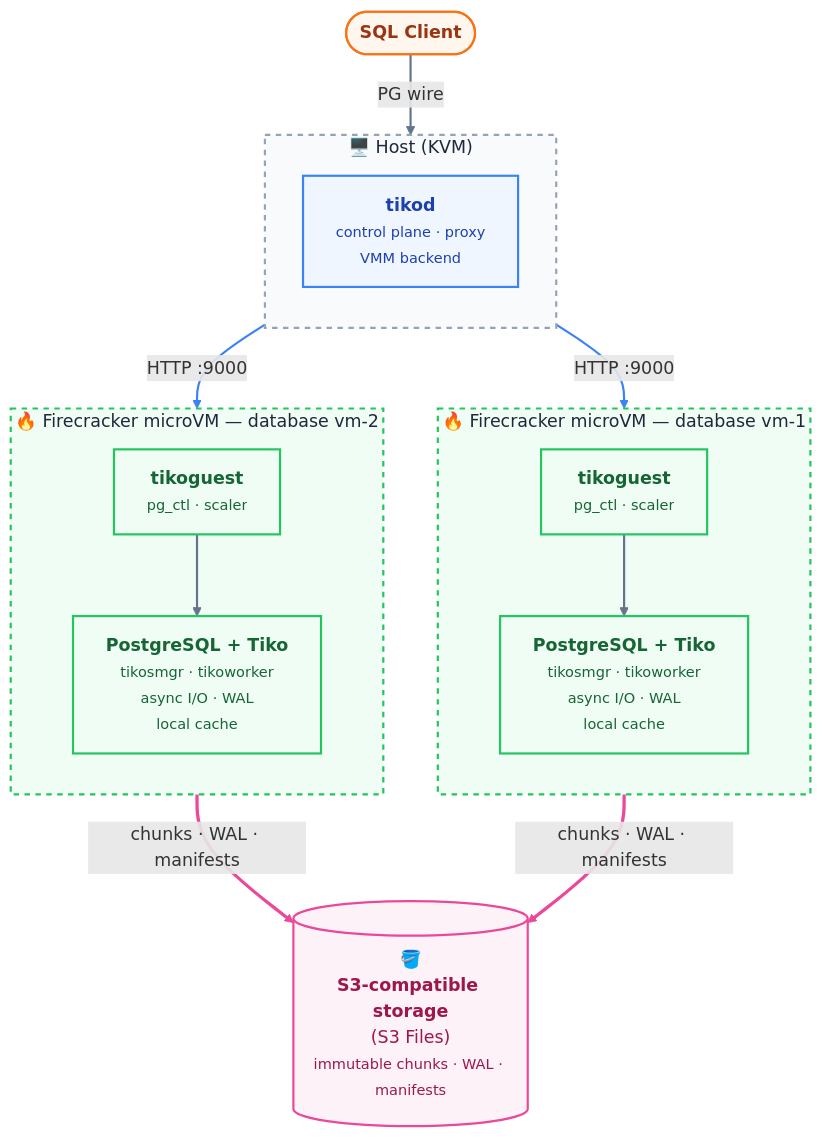
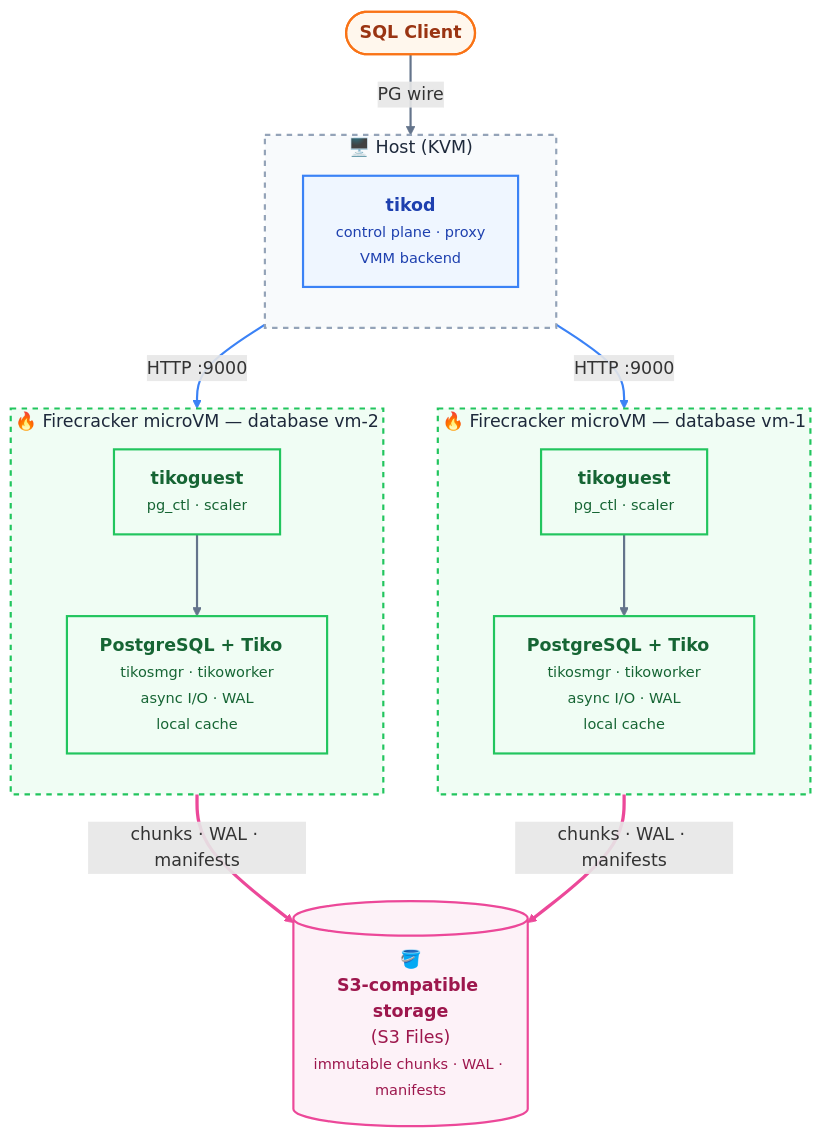
The diagram in README.md (burmecia/tiko), drawn with Mermaid before and after one commit.

Commit message:
update diagram

````diff
--- a/README.md
+++ b/README.md
@@ -34,54 +34,54 @@
 ```mermaid
 %%{init: {"themeVariables": {"titleColor": "#1e293b", "clusterBkg": "#f8fafc", "clusterBorder": "#94a3b8"}}}%%
 flowchart TB
   Client(["<b>SQL Client</b>"])
 
   subgraph Host ["🖥️ Host (KVM)"]
     direction TB
     Tikod["<b>tikod</b><br/><small>control plane · proxy<br/>VMM backend</small>"]
   end
 
   subgraph VM1 ["🔥 Firecracker microVM — database vm-1"]
     direction TB
     Guest1["<b>tikoguest</b><br/><small>pg_ctl · scaler</small>"]
-    PG1["<b>PostgreSQL + Tiko</b><br/><small>tikosmgr · tikoworker<br/>async I/O · WAL<br/>local cache</small>"]
+    PG1["<b>PostgreSQL + Tiko&nbsp;&nbsp;</b><br/><small>tikosmgr · tikoworker<br/>async I/O · WAL<br/>local cache</small>"]
     Guest1 --> PG1
   end
 
   subgraph VM2 ["🔥 Firecracker microVM — database vm-2"]
     direction TB
     Guest2["<b>tikoguest</b><br/><small>pg_ctl · scaler</small>"]
-    PG2["<b>PostgreSQL + Tiko</b><br/><small>tikosmgr · tikoworker<br/>async I/O · WAL<br/>local cache</small>"]
+    PG2["<b>PostgreSQL + Tiko&nbsp;&nbsp;</b><br/><small>tikosmgr · tikoworker<br/>async I/O · WAL<br/>local cache</small>"]
     Guest2 --> PG2
   end
 
   S3[("🪣<br/><b>S3-compatible storage</b><br/>(S3 Files)<br/><small>immutable chunks · WAL · manifests</small>")]
 
   Client -->|PG wire| Tikod
   Tikod -->|HTTP :9000| Guest1
   Tikod -->|HTTP :9000| Guest2
   PG1 ==>|chunks · WAL · manifests| S3
   PG2 ==>|chunks · WAL · manifests| S3
 
   classDef client fill:#fff7ed,stroke:#f97316,stroke-width:2px,color:#9a3412
   classDef control fill:#eff6ff,stroke:#3b82f6,stroke-width:2px,color:#1e40af
   classDef vm fill:#f0fdf4,stroke:#22c55e,stroke-width:2px,color:#166534
   classDef storage fill:#fdf2f8,stroke:#ec4899,stroke-width:2px,color:#9d174d
 
   class Client client
   class Tikod control
   class Guest1,PG1,Guest2,PG2 vm
   class S3 storage
 
   style Host fill:#f8fafc,stroke:#94a3b8,stroke-width:2px,stroke-dasharray:5 5
   style VM1 fill:#f0fdf4,stroke:#22c55e,stroke-width:2px,stroke-dasharray:5 5
   style VM2 fill:#f0fdf4,stroke:#22c55e,stroke-width:2px,stroke-dasharray:5 5
   style S3 fill:#fdf2f8,stroke:#ec4899,stroke-width:2px
   linkStyle 0 stroke:#64748b,stroke-width:2px
   linkStyle 1 stroke:#64748b,stroke-width:2px
   linkStyle 2 stroke:#64748b,stroke-width:2px
   linkStyle 3 stroke:#3b82f6,stroke-width:2px
   linkStyle 4 stroke:#3b82f6,stroke-width:2px
   linkStyle 5 stroke:#ec4899,stroke-width:3px
   linkStyle 6 stroke:#ec4899,stroke-width:3px
 ```
````
